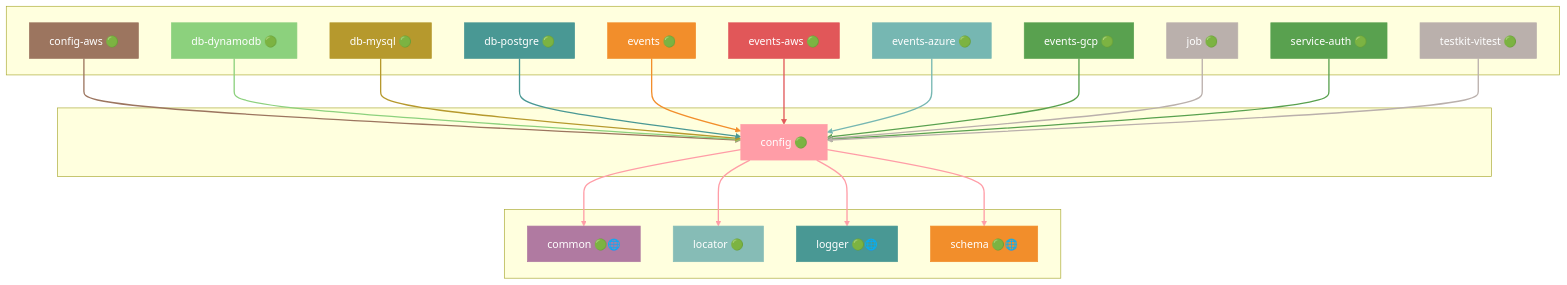
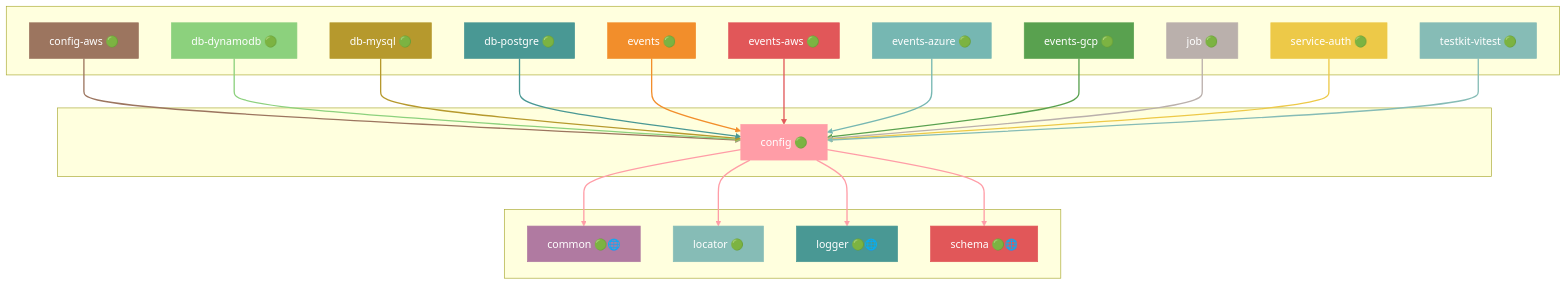
Before and after one commit to grest-ts/grest-ts: the ninth of 51 diagrams in docs/DEPENDENCIES.md, drawn with Mermaid. The commit also changed other lines of this file and 24 other files, not shown here.

````diff
--- a/docs/DEPENDENCIES.md
+++ b/docs/DEPENDENCIES.md
@@ -725,71 +727,71 @@
 ```mermaid
 flowchart TB
     subgraph Dependents[" "]
         config-aws["config-aws 🟢"]
         db-dynamodb["db-dynamodb 🟢"]
         db-mysql["db-mysql 🟢"]
         db-postgre["db-postgre 🟢"]
         events["events 🟢"]
         events-aws["events-aws 🟢"]
         events-azure["events-azure 🟢"]
         events-gcp["events-gcp 🟢"]
         job["job 🟢"]
         service-auth["service-auth 🟢"]
         testkit-vitest["testkit-vitest 🟢"]
     end
     subgraph Package[" "]
         config["config 🟢"]
     end
     subgraph Dependencies[" "]
         common["common 🟢🌐"]
         locator["locator 🟢"]
         logger["logger 🟢🌐"]
         schema["schema 🟢🌐"]
     end
     config-aws --> config
     db-dynamodb --> config
     db-mysql --> config
     db-postgre --> config
     events --> config
     events-aws --> config
     events-azure --> config
     events-gcp --> config
     job --> config
     service-auth --> config
     testkit-vitest --> config
     config --> common
     config --> locator
     config --> logger
     config --> schema
     style config fill:#FF9DA7,stroke:#FF9DA7,color:#fff
     style config-aws fill:#9C755F,stroke:#9C755F,color:#fff
     style db-dynamodb fill:#8CD17D,stroke:#8CD17D,color:#fff
     style db-mysql fill:#B6992D,stroke:#B6992D,color:#fff
     style db-postgre fill:#499894,stroke:#499894,color:#fff
     style events fill:#F28E2B,stroke:#F28E2B,color:#fff
     style events-aws fill:#E15759,stroke:#E15759,color:#fff
     style events-azure fill:#76B7B2,stroke:#76B7B2,color:#fff
     style events-gcp fill:#59A14F,stroke:#59A14F,color:#fff
     style job fill:#BAB0AC,stroke:#BAB0AC,color:#fff
-    style service-auth fill:#59A14F,stroke:#59A14F,color:#fff
-    style testkit-vitest fill:#BAB0AC,stroke:#BAB0AC,color:#fff
+    style service-auth fill:#EDC948,stroke:#EDC948,color:#fff
+    style testkit-vitest fill:#86BCB6,stroke:#86BCB6,color:#fff
     style common fill:#B07AA1,stroke:#B07AA1,color:#fff
     style locator fill:#86BCB6,stroke:#86BCB6,color:#fff
     style logger fill:#499894,stroke:#499894,color:#fff
-    style schema fill:#F28E2B,stroke:#F28E2B,color:#fff
+    style schema fill:#E15759,stroke:#E15759,color:#fff
     linkStyle 0 stroke:#9C755F,stroke-width:2px
     linkStyle 1 stroke:#8CD17D,stroke-width:2px
     linkStyle 2 stroke:#B6992D,stroke-width:2px
     linkStyle 3 stroke:#499894,stroke-width:2px
     linkStyle 4 stroke:#F28E2B,stroke-width:2px
     linkStyle 5 stroke:#E15759,stroke-width:2px
     linkStyle 6 stroke:#76B7B2,stroke-width:2px
     linkStyle 7 stroke:#59A14F,stroke-width:2px
     linkStyle 8 stroke:#BAB0AC,stroke-width:2px
-    linkStyle 9 stroke:#59A14F,stroke-width:2px
-    linkStyle 10 stroke:#BAB0AC,stroke-width:2px
+    linkStyle 9 stroke:#EDC948,stroke-width:2px
+    linkStyle 10 stroke:#86BCB6,stroke-width:2px
     linkStyle 11 stroke:#FF9DA7,stroke-width:2px
     linkStyle 12 stroke:#FF9DA7,stroke-width:2px
     linkStyle 13 stroke:#FF9DA7,stroke-width:2px
     linkStyle 14 stroke:#FF9DA7,stroke-width:2px
 ```
````
